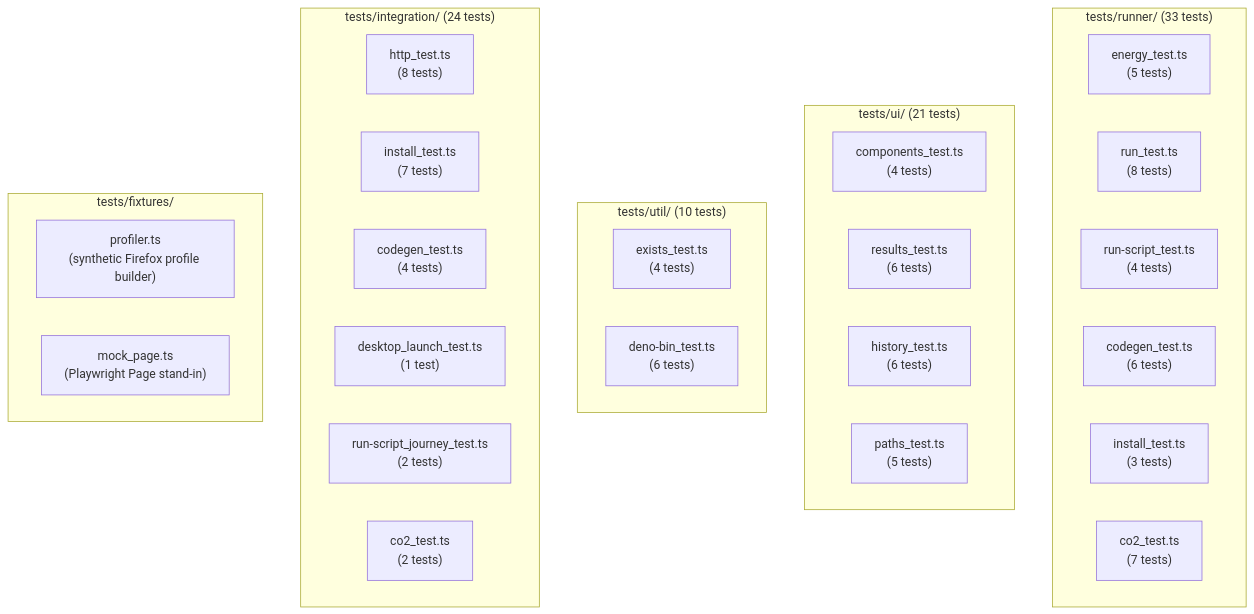
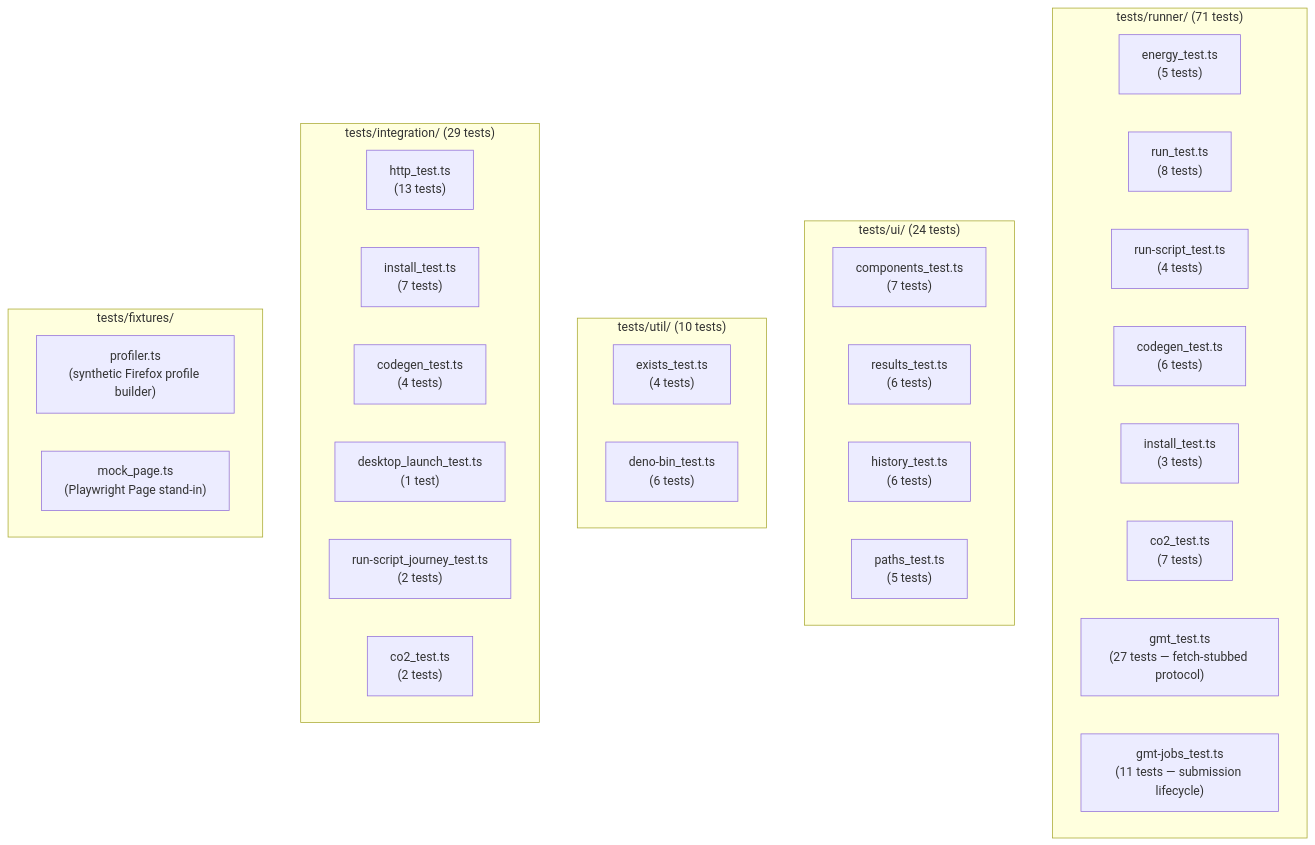
One commit to mrchrisadams/co2-runner changed diagram 14 of 14 in docs/architecture.md. Above: the diagram before and after it, drawn with Mermaid. The commit also changed other lines of this file and 16 other files, not shown here.

````diff
--- a/docs/architecture.md
+++ b/docs/architecture.md
@@ -501,37 +578,39 @@
 ```mermaid
 graph TB
-    subgraph "tests/runner/ (33 tests)"
+    subgraph "tests/runner/ (71 tests)"
         ENERGY_T["energy_test.ts<br/>(5 tests)"]
         RUN_T["run_test.ts<br/>(8 tests)"]
         RUNSCRIPT_T["run-script_test.ts<br/>(4 tests)"]
         CODEGEN_T["codegen_test.ts<br/>(6 tests)"]
         INSTALL_T["install_test.ts<br/>(3 tests)"]
         CO2_T["co2_test.ts<br/>(7 tests)"]
+        GMT_T["gmt_test.ts<br/>(27 tests — fetch-stubbed protocol)"]
+        GMTJOBS_T["gmt-jobs_test.ts<br/>(11 tests — submission lifecycle)"]
     end
 
-    subgraph "tests/ui/ (21 tests)"
-        COMPONENTS_T["components_test.ts<br/>(4 tests)"]
+    subgraph "tests/ui/ (24 tests)"
+        COMPONENTS_T["components_test.ts<br/>(7 tests)"]
         RESULTS_T["results_test.ts<br/>(6 tests)"]
         HISTORY_T["history_test.ts<br/>(6 tests)"]
         PATHS_T["paths_test.ts<br/>(5 tests)"]
     end
 
     subgraph "tests/util/ (10 tests)"
         EXISTS_T["exists_test.ts<br/>(4 tests)"]
         DENOBIN_T["deno-bin_test.ts<br/>(6 tests)"]
     end
 
-    subgraph "tests/integration/ (24 tests)"
-        HTTP_T["http_test.ts<br/>(8 tests)"]
+    subgraph "tests/integration/ (29 tests)"
+        HTTP_T["http_test.ts<br/>(13 tests)"]
         INSTALL_T2["install_test.ts<br/>(7 tests)"]
         CODEGEN_T2["codegen_test.ts<br/>(4 tests)"]
         DESKTOP_T["desktop_launch_test.ts<br/>(1 test)"]
         RUNSCRIPT_T2["run-script_journey_test.ts<br/>(2 tests)"]
         CO2_T2["co2_test.ts<br/>(2 tests)"]
     end
 
     subgraph "tests/fixtures/"
         PROFILER_T["profiler.ts<br/>(synthetic Firefox profile builder)"]
         MOCKPAGE_T["mock_page.ts<br/>(Playwright Page stand-in)"]
     end
 ```
````
